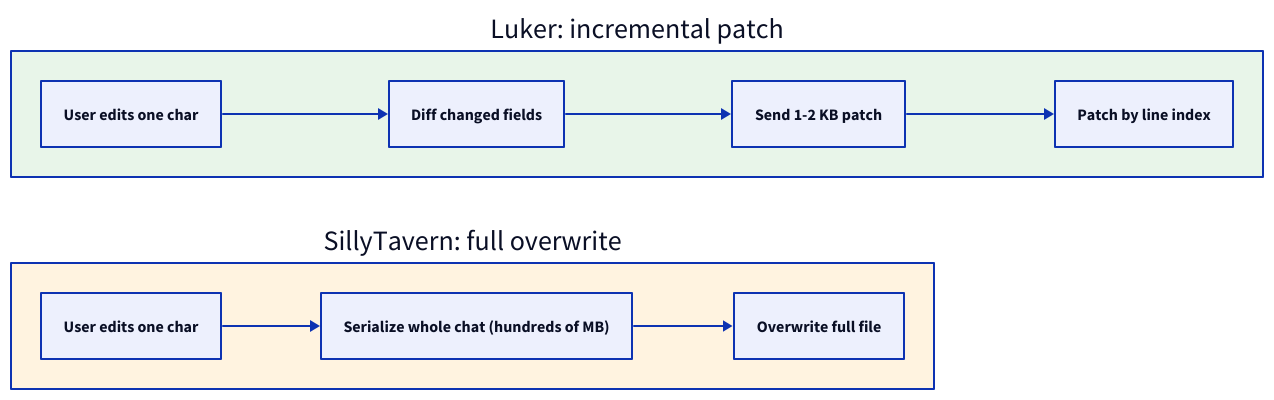
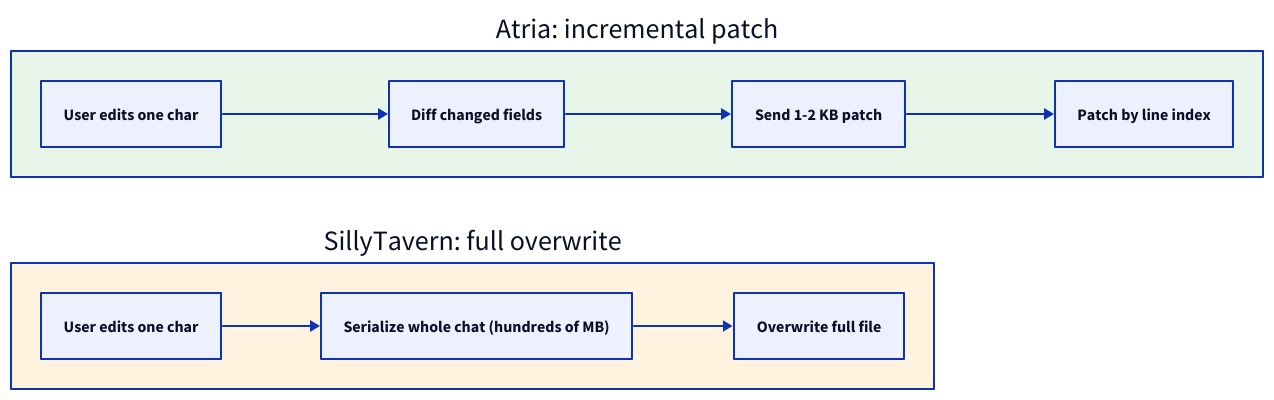
Before and after one commit to ZZZdragondYNGPHX/Atria: the first of 2 diagrams in docs/improvements/incremental-sync.md, drawn with D2. The commit also changed other lines of this file and 1235 other files, not shown here.

````diff
--- a/docs/improvements/incremental-sync.md
+++ b/docs/improvements/incremental-sync.md
@@ -14,20 +14,20 @@
 ```d2
 direction: right
 
-LK: "Luker: incremental patch" {
+LK: "Atria: incremental patch" {
   style.fill: "#e8f5e9"
   edit: "User edits one char"
   diff: "Diff changed fields"
   patch: "Send 1-2 KB patch"
   apply: "Patch by line index"
   edit -> diff -> patch -> apply
 }
 
 ST: "SillyTavern: full overwrite" {
   style.fill: "#fff3e0"
   edit: "User edits one char"
   full: "Serialize whole chat (hundreds of MB)"
   overwrite: "Overwrite full file"
   edit -> full -> overwrite
 }
 ```
````
